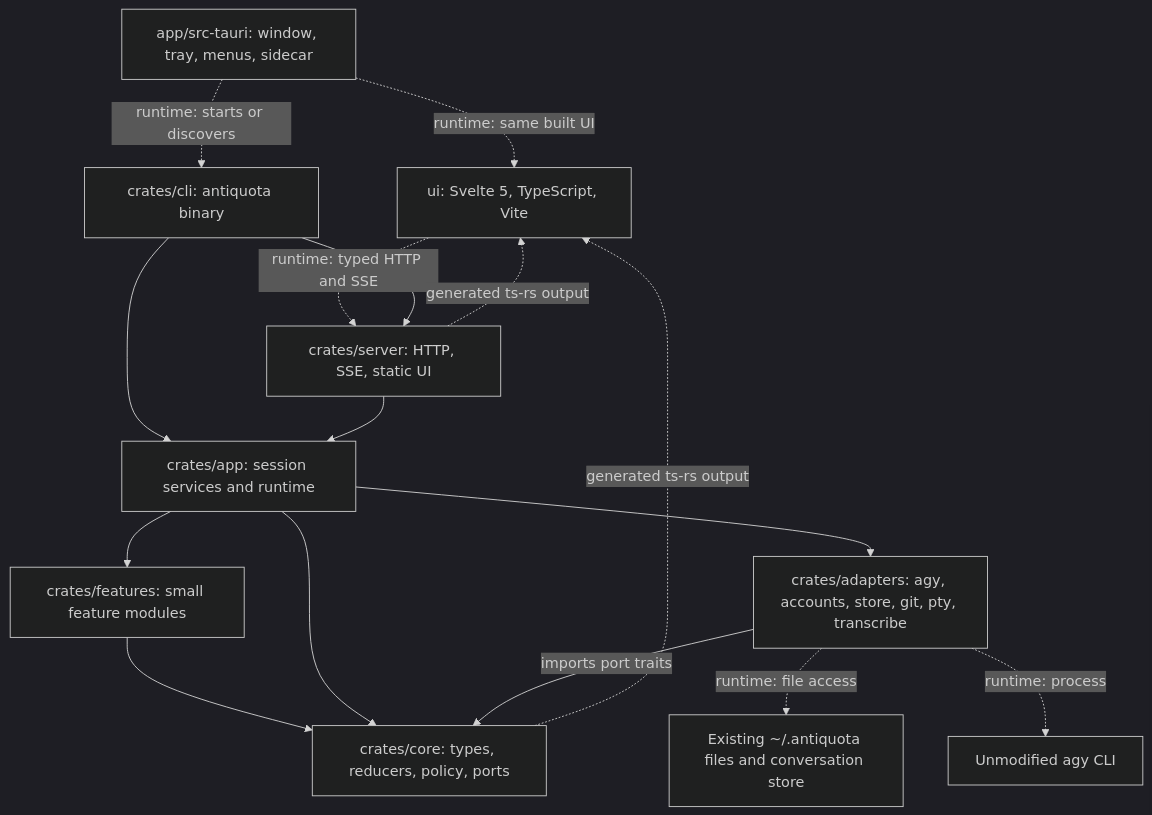
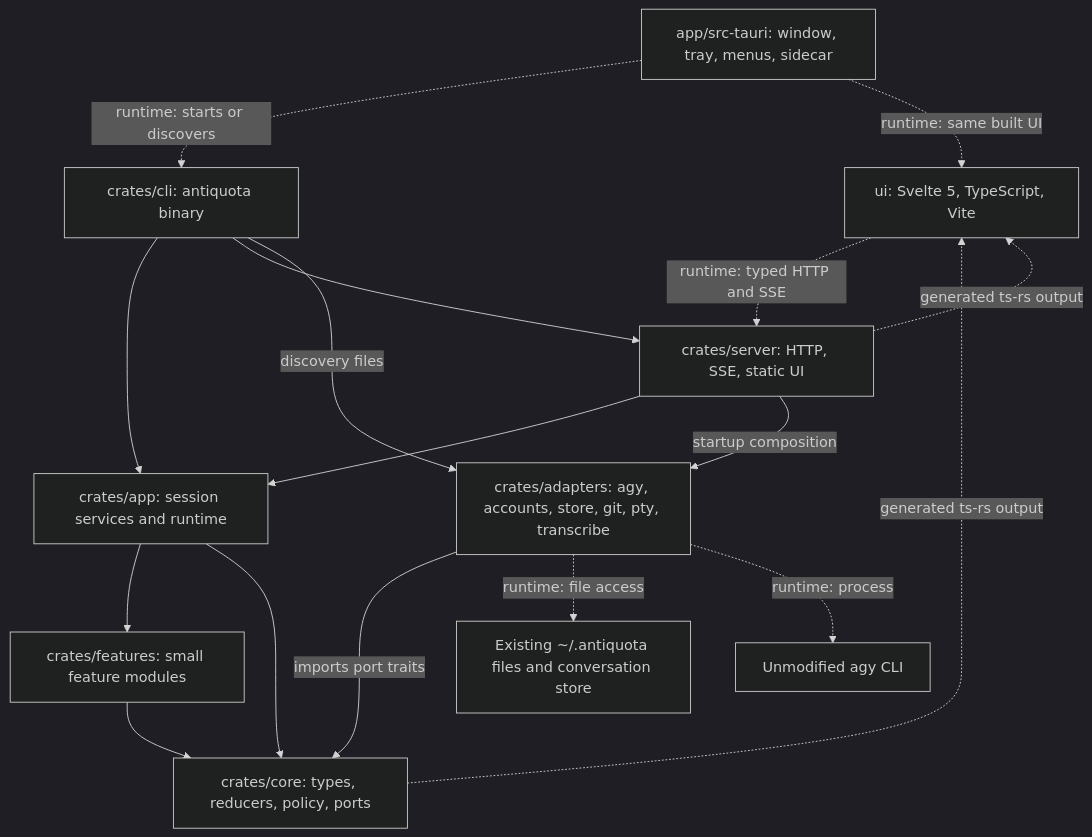
The diagram in docs/ARCHITECTURE.md (dtecx/antiquota), drawn with Mermaid (dark theme) before and after one commit. The commit also changed other lines of this file and 159 other files, not shown here.

````diff
--- a/docs/ARCHITECTURE.md
+++ b/docs/ARCHITECTURE.md
@@ -7,28 +7,29 @@
 ```mermaid
 flowchart TB
     UI["ui: Svelte 5, TypeScript, Vite"]
     Shell["app/src-tauri: window, tray, menus, sidecar"]
     CLI["crates/cli: antiquota binary"]
     Server["crates/server: HTTP, SSE, static UI"]
     App["crates/app: session services and runtime"]
     Features["crates/features: small feature modules"]
     Core["crates/core: types, reducers, policy, ports"]
     Adapters["crates/adapters: agy, accounts, store, git, pty, transcribe"]
     Data["Existing ~/.antiquota files and conversation store"]
     Agy["Unmodified agy CLI"]
     UI -.->|runtime: typed HTTP and SSE| Server
     Shell -.->|runtime: starts or discovers| CLI
     Shell -.->|runtime: same built UI| UI
     CLI --> App
     CLI --> Server
+    CLI -->|discovery files| Adapters
     Server --> App
+    Server -->|startup composition| Adapters
     App --> Features
     Features --> Core
     App --> Core
-    App --> Adapters
     Adapters -->|imports port traits| Core
     Adapters -.->|runtime: file access| Data
     Adapters -.->|runtime: process| Agy
     Core -.->|generated ts-rs output| UI
     Server -.->|generated ts-rs output| UI
 ```
````
